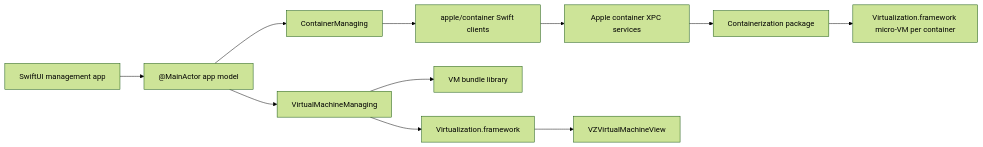
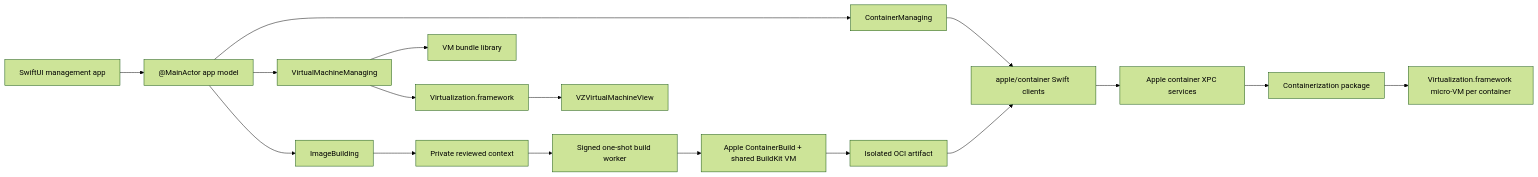
Before and after one commit to mweinbach/NativeContainers: the diagram in docs/ARCHITECTURE.md, drawn with Mermaid (forest theme). The commit also changed other lines of this file and 40 other files, not shown here.

First line of the commit message:
feat: add reviewed native image builds

````diff
--- a/docs/ARCHITECTURE.md
+++ b/docs/ARCHITECTURE.md
@@ -18,13 +18,19 @@
 ```mermaid
 flowchart LR
     UI["SwiftUI management app"] --> Model["@MainActor app model"]
     Model --> ContainerPort["ContainerManaging"]
+    Model --> BuildPort["ImageBuilding"]
     Model --> VMPort["VirtualMachineManaging"]
     ContainerPort --> AppleClient["apple/container Swift clients"]
     AppleClient --> XPC["Apple container XPC services"]
+    BuildPort --> Stage["Private reviewed context"]
+    Stage --> Worker["Signed one-shot build worker"]
+    Worker --> BuildKit["Apple ContainerBuild + shared BuildKit VM"]
+    BuildKit --> Artifact["Isolated OCI artifact"]
+    Artifact --> AppleClient
     XPC --> CZ["Containerization package"]
     CZ --> VZ1["Virtualization.framework micro-VM per container"]
     VMPort --> Library["VM bundle library"]
     VMPort --> VZ2["Virtualization.framework"]
     VZ2 --> Console["VZVirtualMachineView"]
 ```
````
